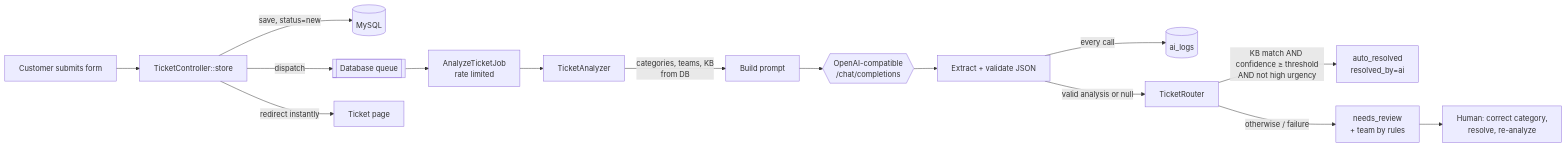
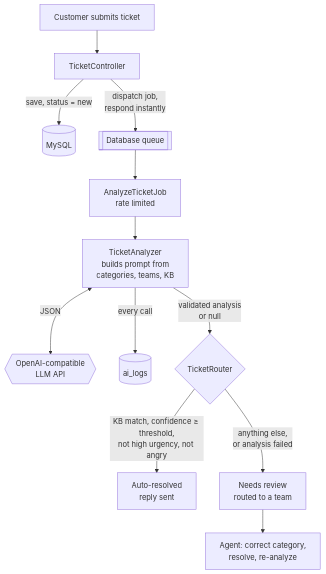
The diagram in README.md (gaurangsisodiya/ai-ticket-triage), drawn with Mermaid before and after one commit. The commit also changed other lines of this file, not shown here.

Commit message:
Redraw README architecture diagram top-down so it is readable on GitHub

````diff
--- a/README.md
+++ b/README.md
@@ -35,18 +35,16 @@
 ```mermaid
-flowchart LR
-    A[Customer submits form] --> B[TicketController::store]
-    B -->|save, status=new| DB[(MySQL)]
-    B -->|dispatch| Q[[Database queue]]
-    B -->|redirect instantly| P[Ticket page]
+flowchart TD
+    A[Customer submits ticket] --> B[TicketController]
+    B -->|save, status = new| DB[(MySQL)]
+    B -->|dispatch job,<br/>respond instantly| Q[[Database queue]]
 
     Q --> J[AnalyzeTicketJob<br/>rate limited]
-    J --> AN[TicketAnalyzer]
-    AN -->|categories, teams, KB<br/>from DB| PR[Build prompt]
-    PR --> LLM{{OpenAI-compatible<br/>/chat/completions}}
-    LLM --> V[Extract + validate JSON]
-    V -->|every call| LOG[(ai_logs)]
-    V -->|valid analysis or null| R[TicketRouter]
-    R -->|KB match AND confidence ≥ threshold<br/>AND not high urgency| AR[auto_resolved<br/>resolved_by=ai]
-    R -->|otherwise / failure| NR[needs_review<br/>+ team by rules]
-    NR --> H[Human: correct category,<br/>resolve, re-analyze]
+    J --> AN[TicketAnalyzer<br/>builds prompt from<br/>categories, teams, KB]
+    AN <-->|JSON| LLM{{OpenAI-compatible<br/>LLM API}}
+    AN -->|every call| LOG[(ai_logs)]
+    AN -->|validated analysis<br/>or null| R{TicketRouter}
+
+    R -->|KB match, confidence ≥ threshold,<br/>not high urgency, not angry| AR[Auto-resolved<br/>reply sent]
+    R -->|anything else,<br/>or analysis failed| NR[Needs review<br/>routed to a team]
+    NR --> H[Agent: correct category,<br/>resolve, re-analyze]
 ```
````
